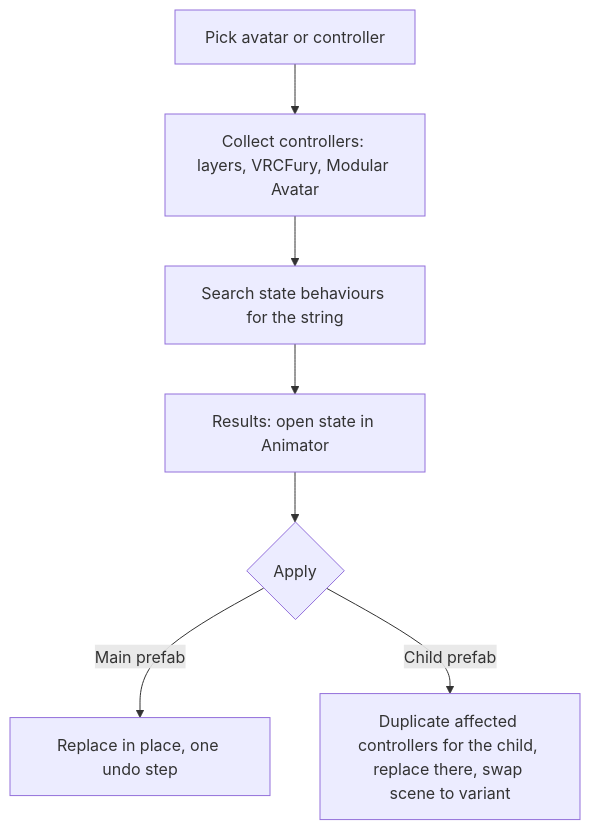
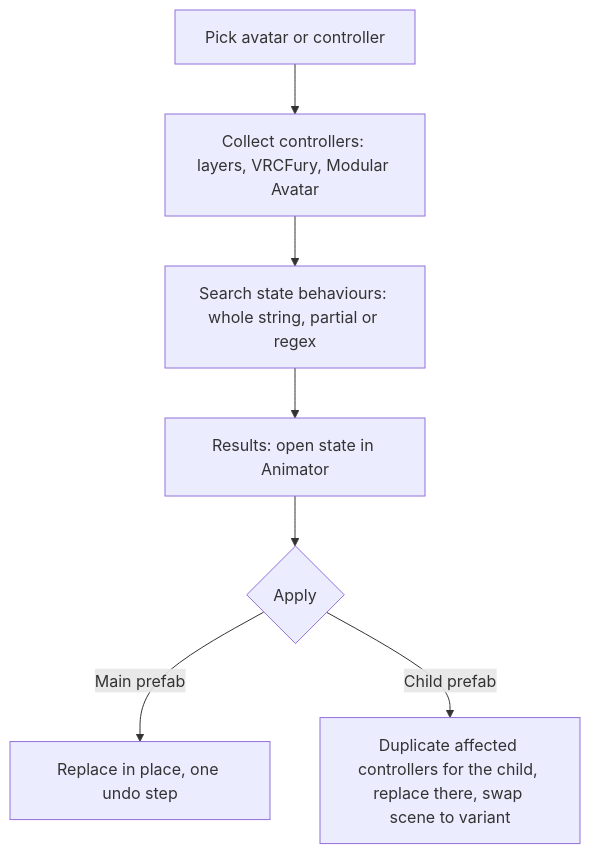
Before and after one commit to Rionquosue/riryunityworkflow: the diagram in docs/About/Tools/FindAndReplace.md, drawn with Mermaid. The commit also changed other lines of this file and 51 other files, not shown here.

First line of the commit message:
Menu Tool icon and name checks, Material Cleaner floats and colors, undoable Controller Cleaner, Clean Animation Keys preview, Find and Replace partial and regex, AutoSync remote catch-up, Avatar Migration dry run, FTEmulator recording, Import Presets drag overlay, docs

````diff
--- a/docs/About/Tools/FindAndReplace.md
+++ b/docs/About/Tools/FindAndReplace.md
@@ -31,9 +32,9 @@
 ```mermaid
 flowchart TD
     A[Pick avatar or controller] --> B[Collect controllers: layers, VRCFury, Modular Avatar]
-    B --> C[Search state behaviours for the string]
+    B --> C[Search state behaviours: whole string, partial or regex]
     C --> D[Results: open state in Animator]
     D --> E{Apply}
     E -- Main prefab --> F[Replace in place, one undo step]
     E -- Child prefab --> G[Duplicate affected controllers for the child, replace there, swap scene to variant]
 ```
````
